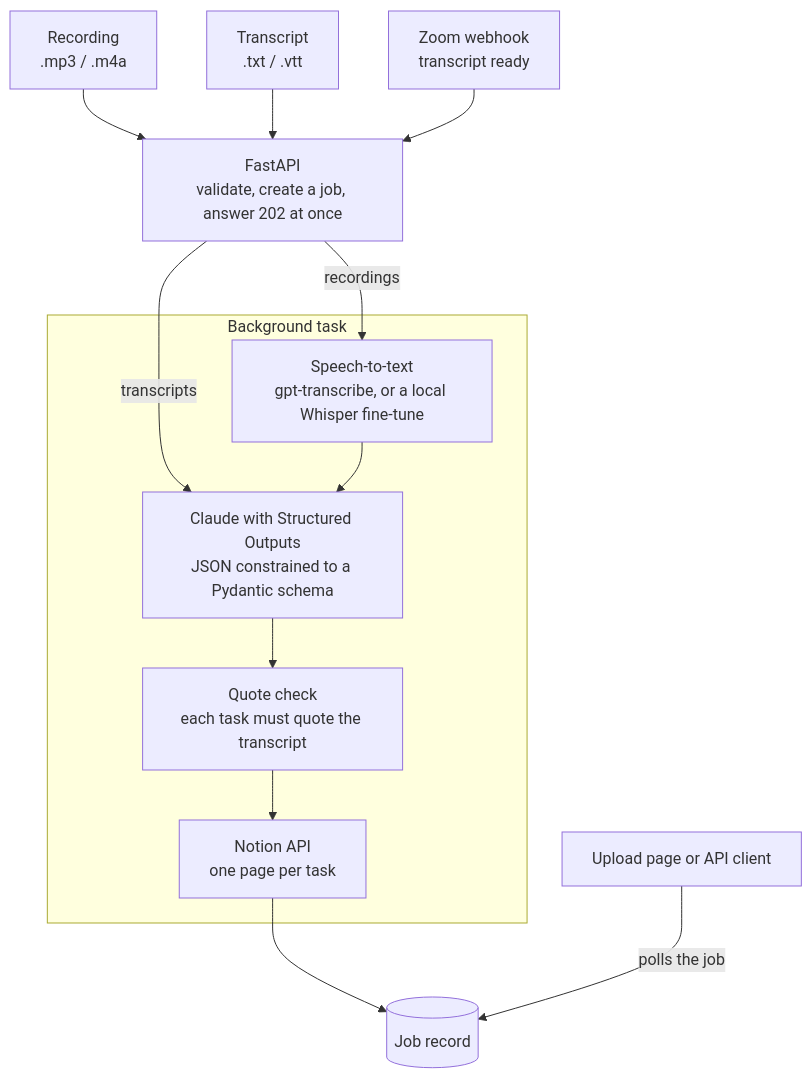
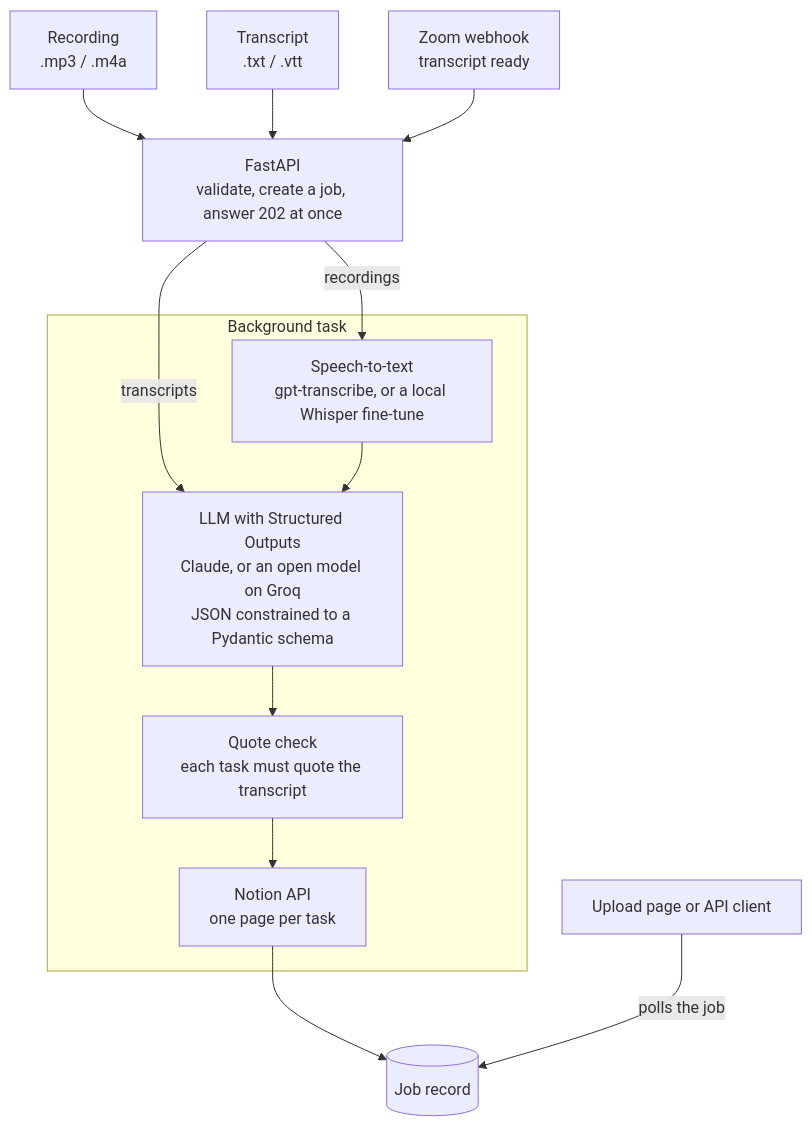
The diagram in README.md (1hamzaachour-ai/meeting-to-action), drawn with Mermaid before and after one commit. The commit also changed other lines of this file and 6 other files, not shown here.

First line of the commit message:
Add Groq as an LLM provider (open-weight gpt-oss-120b, strict JSON schema)

````diff
--- a/README.md
+++ b/README.md
@@ -48,21 +48,21 @@
 ```mermaid
 flowchart TD
     REC["Recording<br/>.mp3 / .m4a"] --> API
     TXT["Transcript<br/>.txt / .vtt"] --> API
     ZOOM["Zoom webhook<br/>transcript ready"] --> API
 
     API["FastAPI<br/>validate, create a job, answer 202 at once"]
     API -->|"recordings"| STT
     API -->|"transcripts"| LLM
 
     subgraph PIPELINE["Background task"]
         STT["Speech-to-text<br/>gpt-transcribe, or a local Whisper fine-tune"]
-        LLM["Claude with Structured Outputs<br/>JSON constrained to a Pydantic schema"]
+        LLM["LLM with Structured Outputs<br/>Claude, or an open model on Groq<br/>JSON constrained to a Pydantic schema"]
         CHECK["Quote check<br/>each task must quote the transcript"]
         NOTION["Notion API<br/>one page per task"]
         STT --> LLM --> CHECK --> NOTION
     end
 
     NOTION --> JOB[("Job record")]
     CLIENT["Upload page or API client"] -->|"polls the job"| JOB
 ```
````
